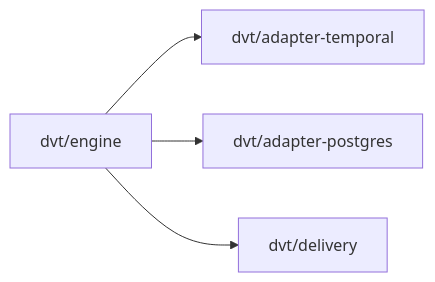
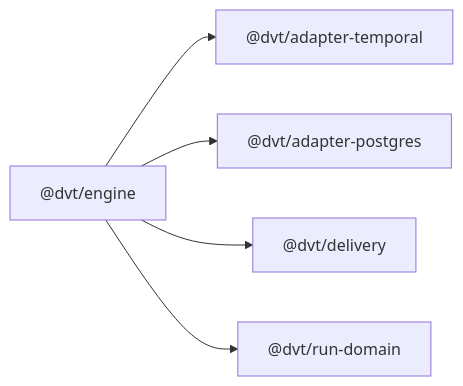
One commit to dunay2/dvt changed the first of 3 diagrams in docs/architecture/components/engine.md. Above: the diagram before and after it, drawn with Mermaid. The commit also changed other lines of this file and 2 other files, not shown here.

Commit message:
docs(engine): Align architecture docs with current code

````diff
--- a/docs/architecture/components/engine.md
+++ b/docs/architecture/components/engine.md
@@ -14,10 +12,12 @@
 ```mermaid
 flowchart LR
-  engine[dvt/engine]
-  temporal[dvt/adapter-temporal]
-  postgres[dvt/adapter-postgres]
-  delivery[dvt/delivery]
+  engine["@dvt/engine"]
+  temporal["@dvt/adapter-temporal"]
+  postgres["@dvt/adapter-postgres"]
+  delivery["@dvt/delivery"]
+  run_domain["@dvt/run-domain"]
   engine --> temporal
   engine --> postgres
   engine --> delivery
+  engine --> run_domain
 ```
````
